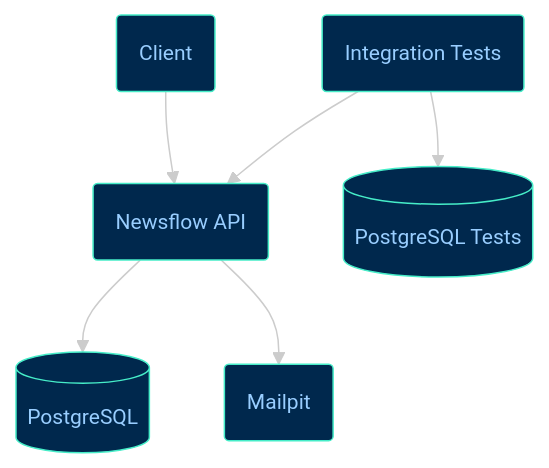
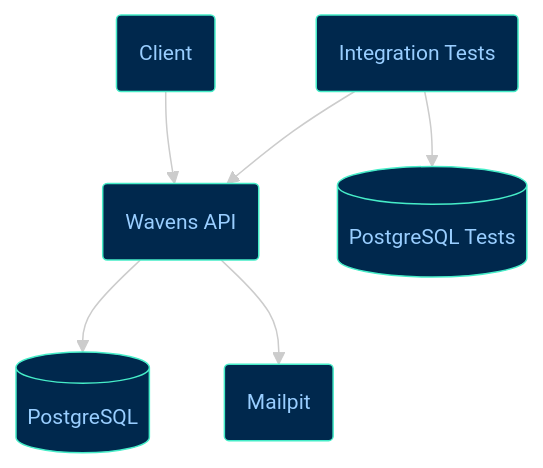
The diagram in README.md (leonardooliveira00/newsflow-api), drawn with Mermaid before and after one commit. The commit also changed other lines of this file and 254 other files, not shown here.

Commit message:
chore: rename project from Newsflow to Wavens

````diff
--- a/README.md
+++ b/README.md
@@ -35,31 +35,31 @@
 ```mermaid
 ---
 config:
   theme: neo-dark
 ---
 flowchart TB
-    Reader["Client"] --> API["Newsflow API"]
+    Reader["Client"] --> API["Wavens API"]
     API --> DB["PostgreSQL"] & Mail["Mailpit"]
     Tests["Integration Tests"] --> DBTests["PostgreSQL Tests"] & API
 
     Reader@{ shape: rounded}
     API@{ shape: rounded}
     DB@{ shape: db}
     Mail@{ shape: rounded}
     Tests@{ shape: rounded}
     DBTests@{ shape: db}
      Reader:::Aqua
      API:::Aqua
      DB:::Aqua
      Mail:::Aqua
      Tests:::Aqua
      DBTests:::Aqua
     classDef Aqua stroke-width:1px, stroke-dasharray:none, stroke:#46EDC8, fill:#DEFFF8, color:#378E7A
     style Reader fill:#00284d,color:#99ceff
     style API fill:#00284d,color:#99ceff
     style DB fill:#00284d,color:#99ceff
     style Mail fill:#00284d,color:#99ceff
     style Tests fill:#00284d,color:#99ceff
     style DBTests fill:#00284d,color:#99ceff
 
 ```
````
